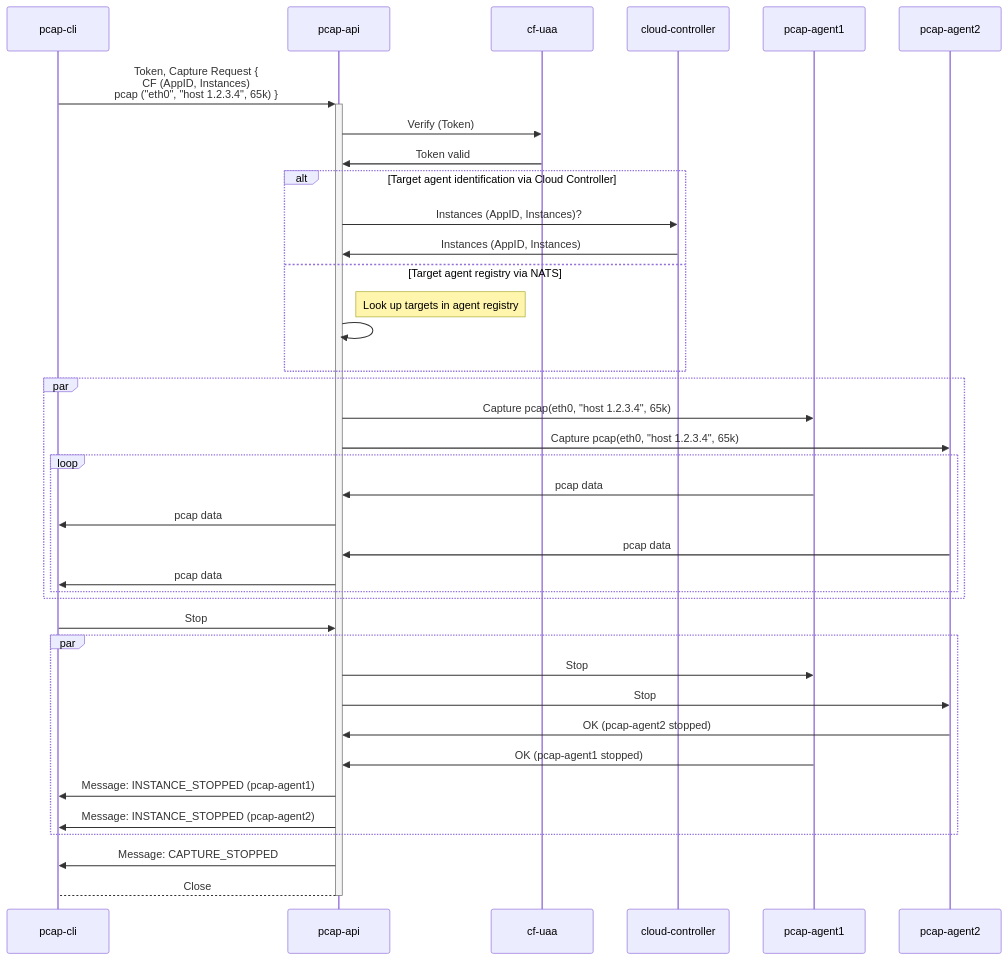
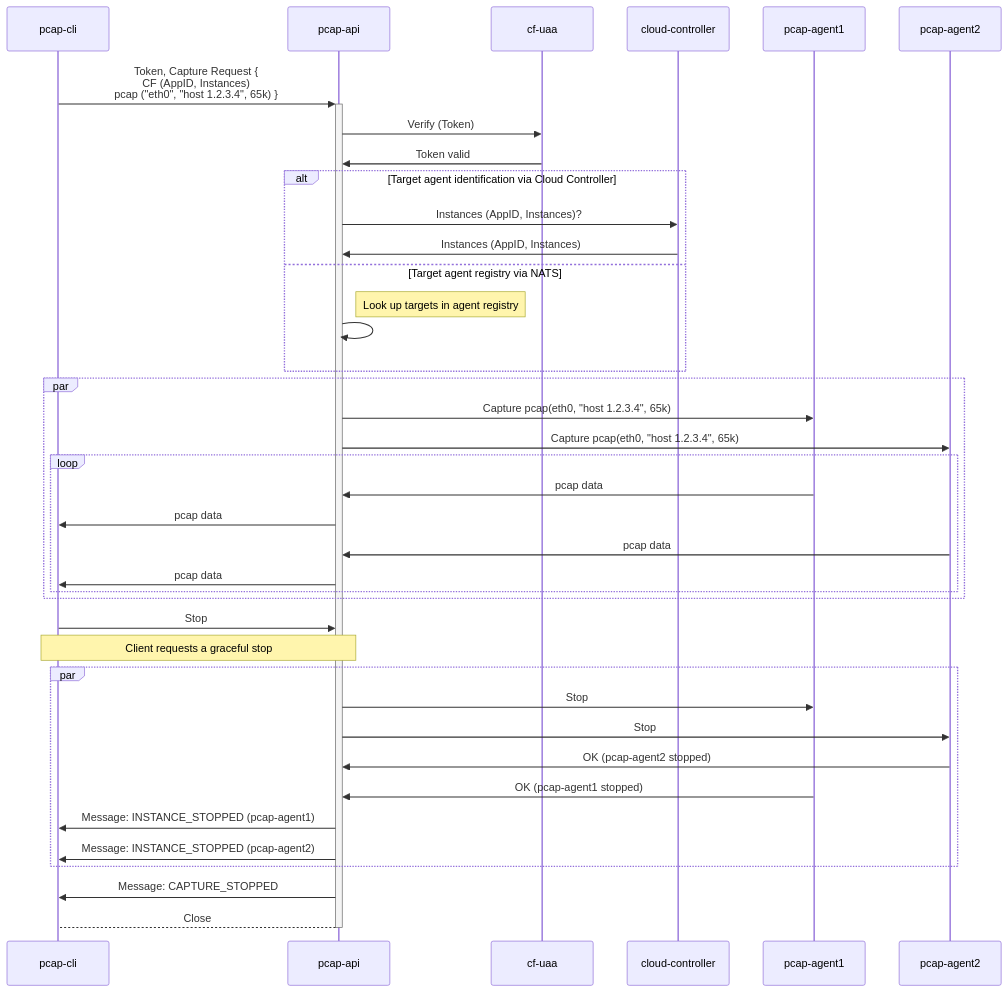
Before and after one commit to cloudfoundry/pcap-release: the seventh of 26 diagrams in docs/api-communication-spec.md, drawn with Mermaid. The commit also changed other lines of this file, not shown here.

Commit message:
docs(api): add TOC and adapt message to native termination status

````diff
--- a/docs/api-communication-spec.md
+++ b/docs/api-communication-spec.md
@@ -405,35 +452,36 @@
 ```mermaid
 sequenceDiagram
    pcap-cli ->>+ pcap-api: Token, Capture Request {<br/>CF (AppID, Instances)<br/>pcap ("eth0", "host 1.2.3.4", 65k) }
     pcap-api ->> cf-uaa: Verify (Token)
     cf-uaa ->> pcap-api: Token valid
     alt Target agent identification via Cloud Controller
         pcap-api ->> cloud-controller: Instances (AppID, Instances)?
         cloud-controller ->> pcap-api: Instances (AppID, Instances)
     else Target agent registry via NATS
         note right of pcap-api: Look up targets in agent registry
         pcap-api ->> pcap-api: 
     end
     par
         pcap-api ->> pcap-agent1: Capture pcap(eth0, "host 1.2.3.4", 65k)
         pcap-api ->> pcap-agent2: Capture pcap(eth0, "host 1.2.3.4", 65k)
         loop
             pcap-agent1 ->> pcap-api: pcap data
             pcap-api ->> pcap-cli: pcap data
             pcap-agent2 ->> pcap-api: pcap data
             pcap-api ->> pcap-cli: pcap data
         end
     end
     pcap-cli ->> pcap-api: Stop
+    note over pcap-cli, pcap-api: Client requests a graceful stop
     par
         pcap-api ->> pcap-agent1: Stop
         pcap-api ->> pcap-agent2: Stop
         pcap-agent2 ->> pcap-api: OK (pcap-agent2 stopped)
         pcap-agent1 ->> pcap-api: OK (pcap-agent1 stopped)
         pcap-api ->> pcap-cli: Message: INSTANCE_STOPPED (pcap-agent1)
         pcap-api ->> pcap-cli: Message: INSTANCE_STOPPED (pcap-agent2)
     end
 
     pcap-api ->> pcap-cli: Message: CAPTURE_STOPPED
     pcap-api -->- pcap-cli: Close
 ```
````
